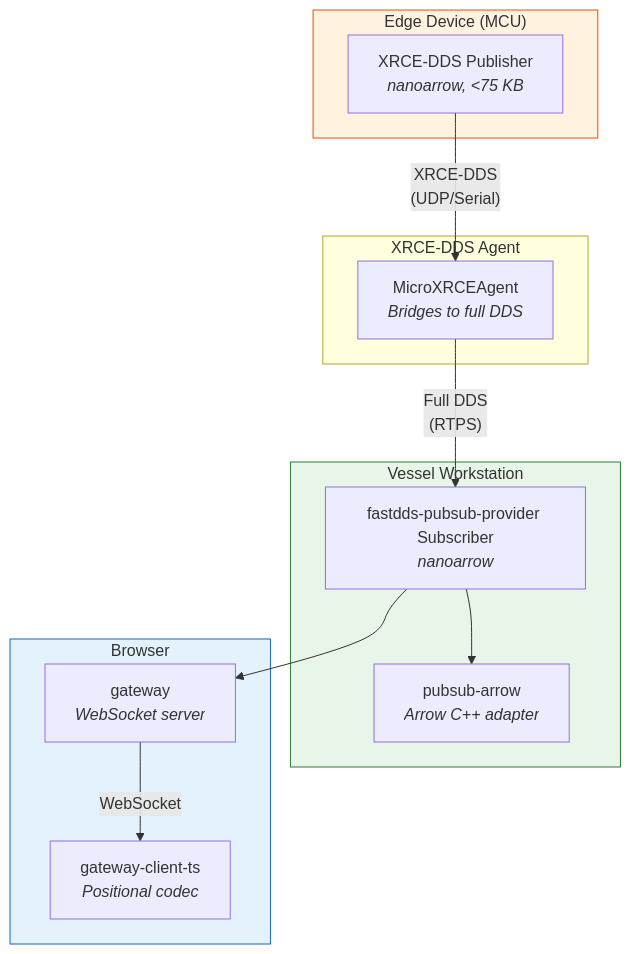
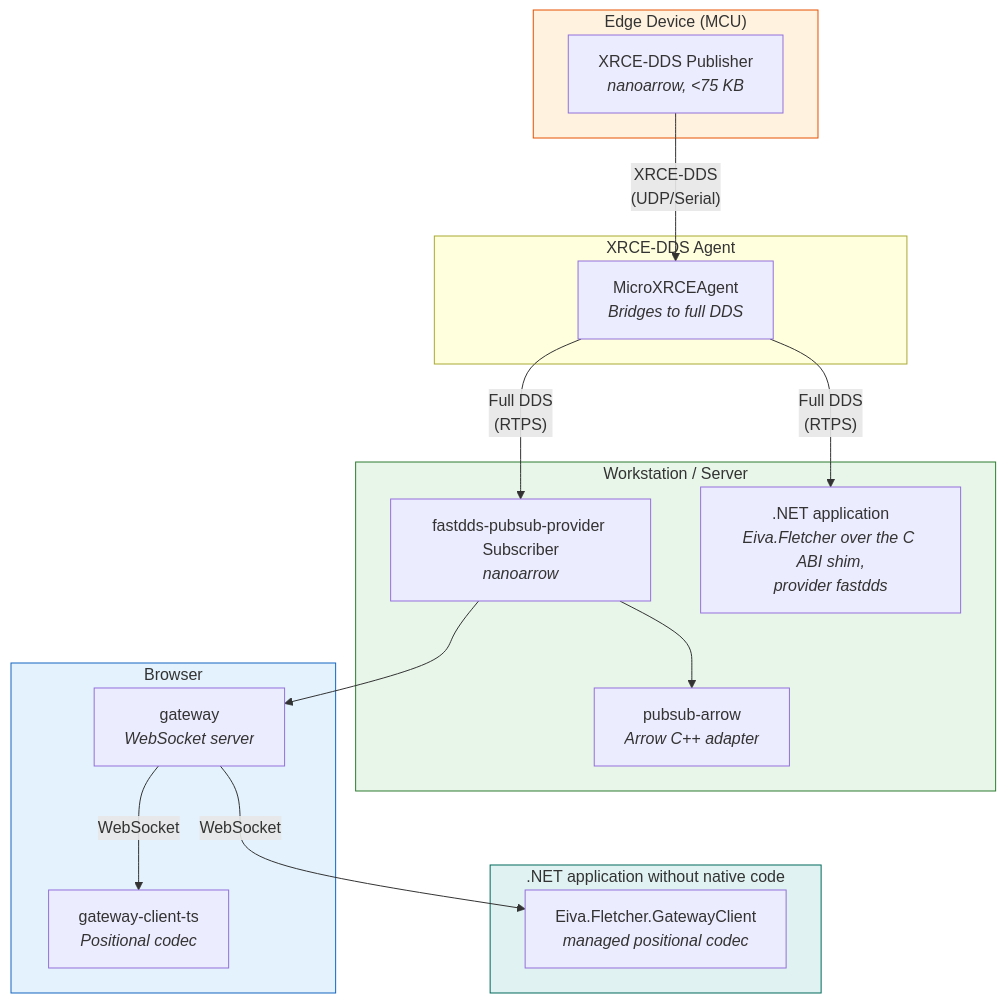
Before and after one commit to eivacom/Fletcher: the seventh of 7 diagrams in docs/data-flow-diagrams.md, drawn with Mermaid. The commit also changed other lines of this file and 7 other files, not shown here.

````diff
--- a/docs/data-flow-diagrams.md
+++ b/docs/data-flow-diagrams.md
@@ -163,30 +199,38 @@
 ```mermaid
 graph TB
     subgraph edge ["Edge Device (MCU)"]
         XRCE_PUB["XRCE-DDS Publisher<br/><i>nanoarrow, &lt;75 KB</i>"]
     end
 
     subgraph agent ["XRCE-DDS Agent"]
         AGENT["MicroXRCEAgent<br/><i>Bridges to full DDS</i>"]
     end
 
-    subgraph vessel ["Vessel Workstation"]
+    subgraph workstation ["Workstation / Server"]
         DDS_SUB["fastdds-pubsub-provider Subscriber<br/><i>nanoarrow</i>"]
         ARROW_PS["pubsub-arrow<br/><i>Arrow C++ adapter</i>"]
+        NET_SUB[".NET application<br/><i>Eiva.Fletcher over the C ABI shim,<br/>provider fastdds</i>"]
     end
 
     subgraph browser ["Browser"]
         WG["gateway<br/><i>WebSocket server</i>"]
         WC["gateway-client-ts<br/><i>Positional codec</i>"]
     end
 
+    subgraph remote [".NET application without native code"]
+        NET_GWC["Eiva.Fletcher.GatewayClient<br/><i>managed positional codec</i>"]
+    end
+
     XRCE_PUB -->|"XRCE-DDS<br/>(UDP/Serial)"| AGENT
     AGENT -->|"Full DDS<br/>(RTPS)"| DDS_SUB
+    AGENT -->|"Full DDS<br/>(RTPS)"| NET_SUB
     DDS_SUB --> ARROW_PS
     DDS_SUB --> WG
     WG -->|WebSocket| WC
+    WG -->|WebSocket| NET_GWC
 
     style edge fill:#fff3e0,stroke:#e65100
-    style vessel fill:#e8f5e9,stroke:#2e7d32
+    style workstation fill:#e8f5e9,stroke:#2e7d32
     style browser fill:#e3f2fd,stroke:#1565c0
+    style remote fill:#e0f2f1,stroke:#00695c
 ```
````
